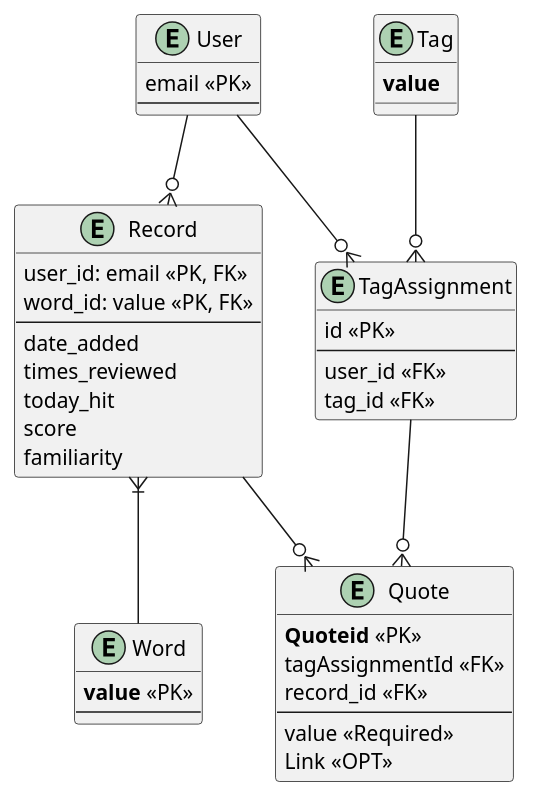
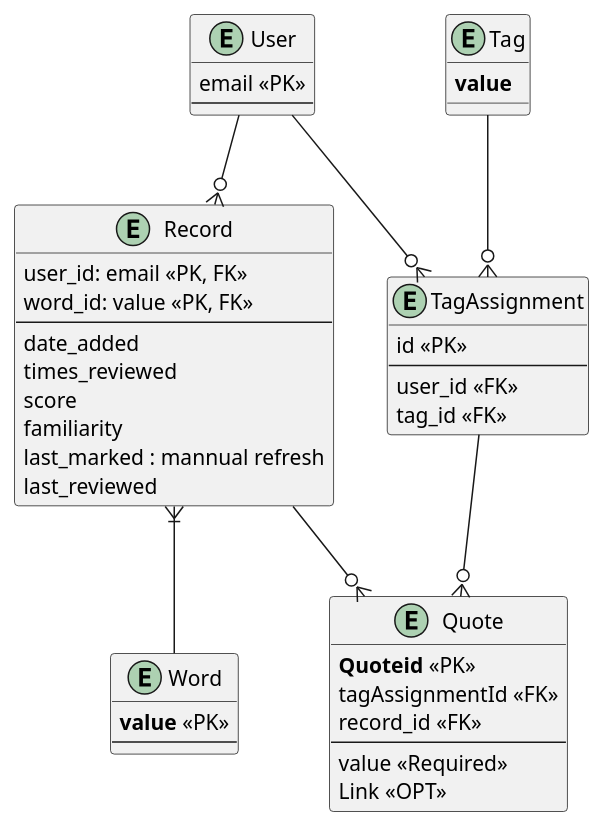
Before and after one commit to wenhaoy-0428/Eng-Memo: the second of 2 diagrams in docs/data.puml, drawn with PlantUML. The commit also changed other lines of this file and 9 other files, not shown here.

```diff
--- a/docs/data.puml
+++ b/docs/data.puml
@@ -1,61 +83,64 @@
 @startuml
 
 entity User {
     email <<PK>>
     --
 } 
 
 entity Record {
     user_id: email <<PK, FK>>
     word_id: value <<PK, FK>>
     --
     date_added
     times_reviewed
-    today_hit
     score
     familiarity
+    last_marked : mannual refresh
+    last_reviewed
 }
+
 
 entity Word {
     **value** <<PK>>
     --
 }
 
 entity TagAssignment {
     id <<PK>>
     --
     user_id <<FK>>
     tag_id <<FK>>
 }
 
 
 entity Tag {
     **value**
 }
 
 entity Quote {
     **Quoteid** <<PK>>
     tagAssignmentId <<FK>>
     record_id <<FK>>
     --
     value <<Required>>
     Link <<OPT>>
 }
 
 
 
 User --o{ Record
 
 Record }|-- Word
 
 
 Record --o{ Quote
 
 TagAssignment --o{ Quote
 
 User --o{ TagAssignment
 
 Tag --o{ TagAssignment
 
 
+
 @enduml
```
